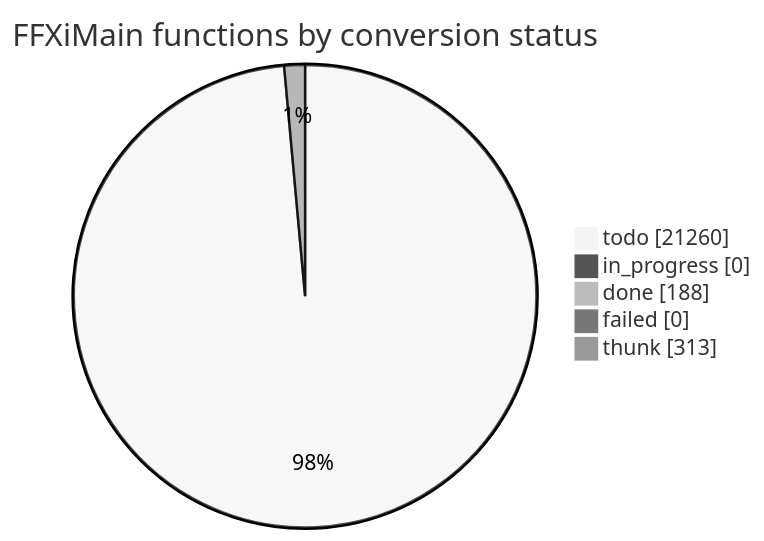
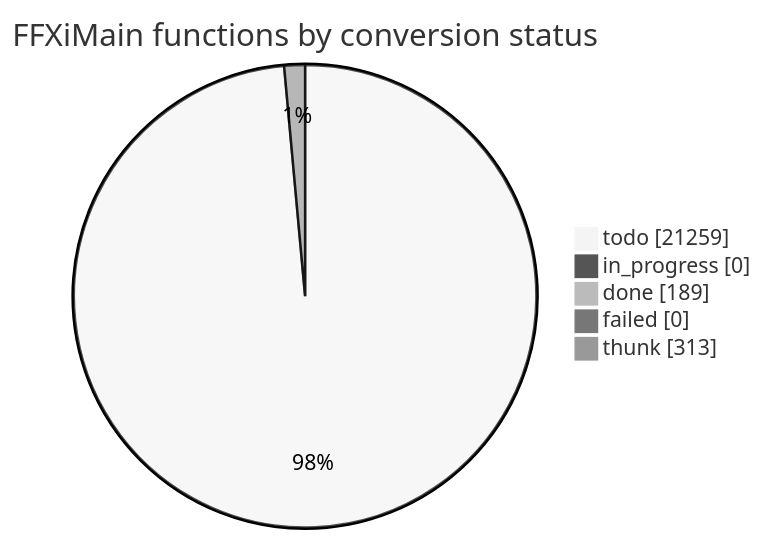
The diagram in docs/cow/STATUS.md (cowrevenge/cow_kuluu_xi_anything), drawn with Mermaid (neutral theme) before and after one commit. The commit also changed other lines of this file and 9 other files, not shown here.

````diff
--- a/docs/cow/STATUS.md
+++ b/docs/cow/STATUS.md
@@ -18,9 +18,9 @@
 ```mermaid
 pie showData
     title FFXiMain functions by conversion status
-    "todo" : 21260
+    "todo" : 21259
     "in_progress" : 0
-    "done" : 188
+    "done" : 189
     "failed" : 0
     "thunk" : 313
 ```
````
